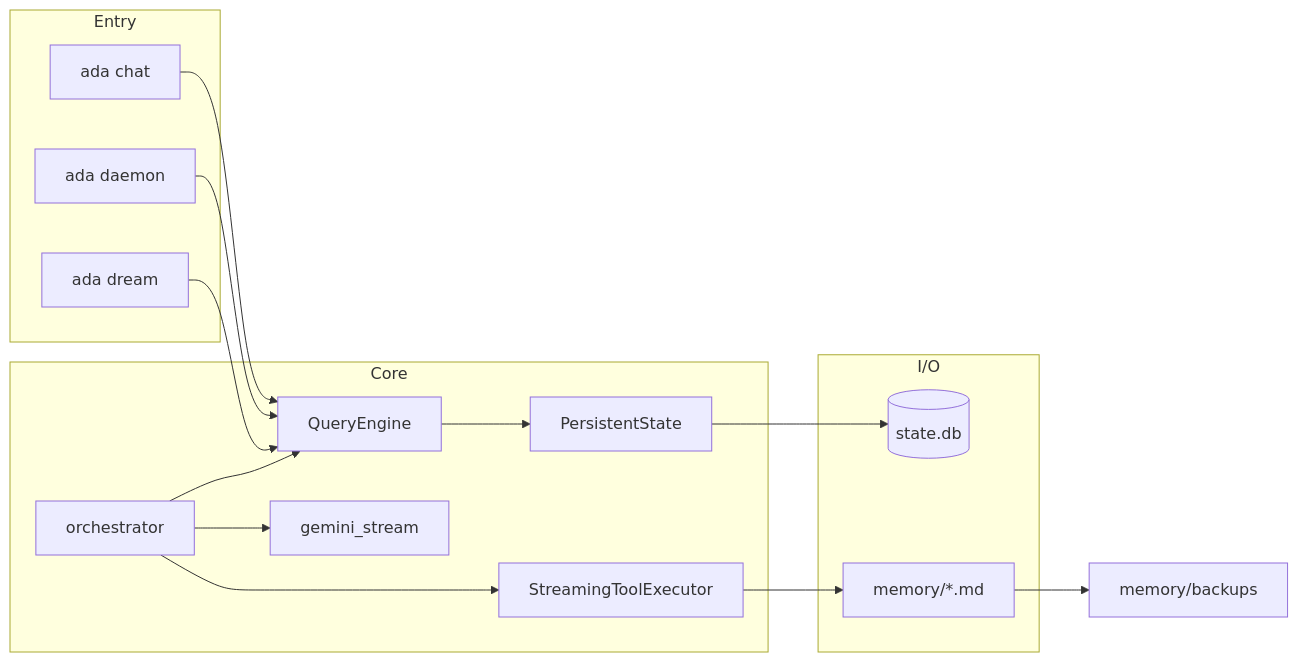
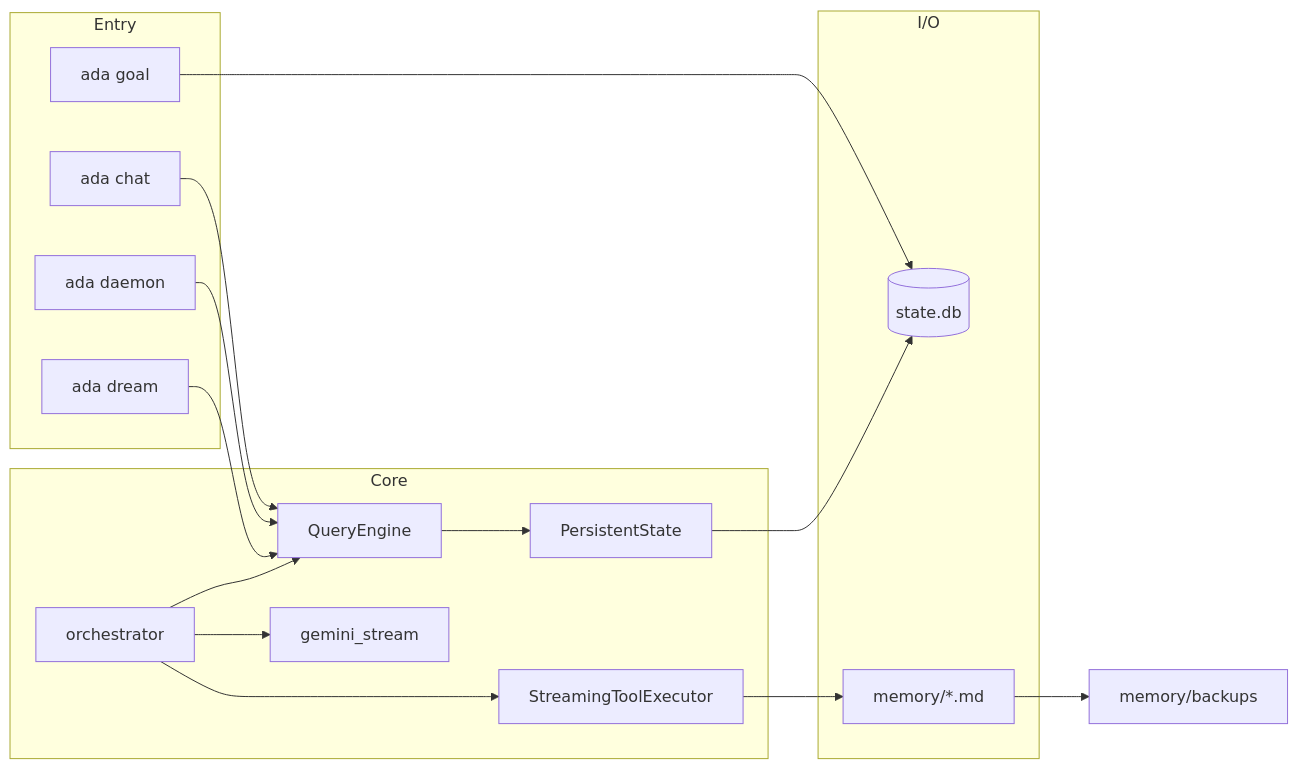
The diagram in README.md (aryanjohari/ADA), drawn with Mermaid before and after one commit. The commit also changed other lines of this file, not shown here.

````diff
--- a/README.md
+++ b/README.md
@@ -59,29 +66,31 @@
 ```mermaid
 flowchart LR
   subgraph entry [Entry]
     Chat[ada chat]
+    GoalCLI[ada goal]
     Daemon[ada daemon]
     Dream[ada dream]
   end
   subgraph core [Core]
     QE[QueryEngine]
     PS[PersistentState]
     Orch[orchestrator]
     Adp[gemini_stream]
     Ex[StreamingToolExecutor]
   end
   subgraph io [I/O]
     DB[(state.db)]
     Mem[memory/*.md]
   end
   Chat --> QE
+  GoalCLI --> DB
   Daemon --> QE
   Dream --> QE
   QE --> PS
   PS --> DB
   Orch --> QE
   Orch --> Adp
   Orch --> Ex
   Ex --> Mem
   Mem --> backups[memory/backups]
 ```
````
